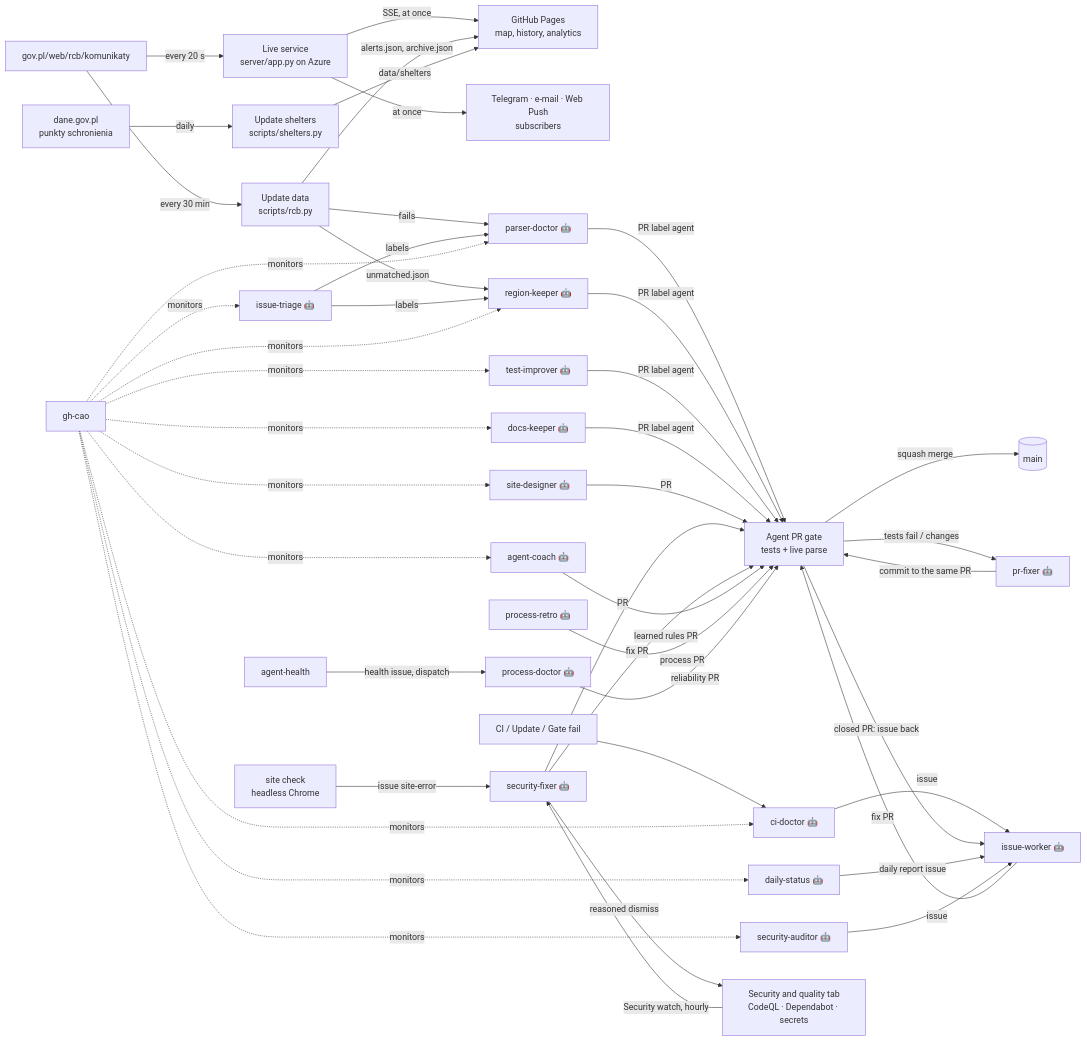
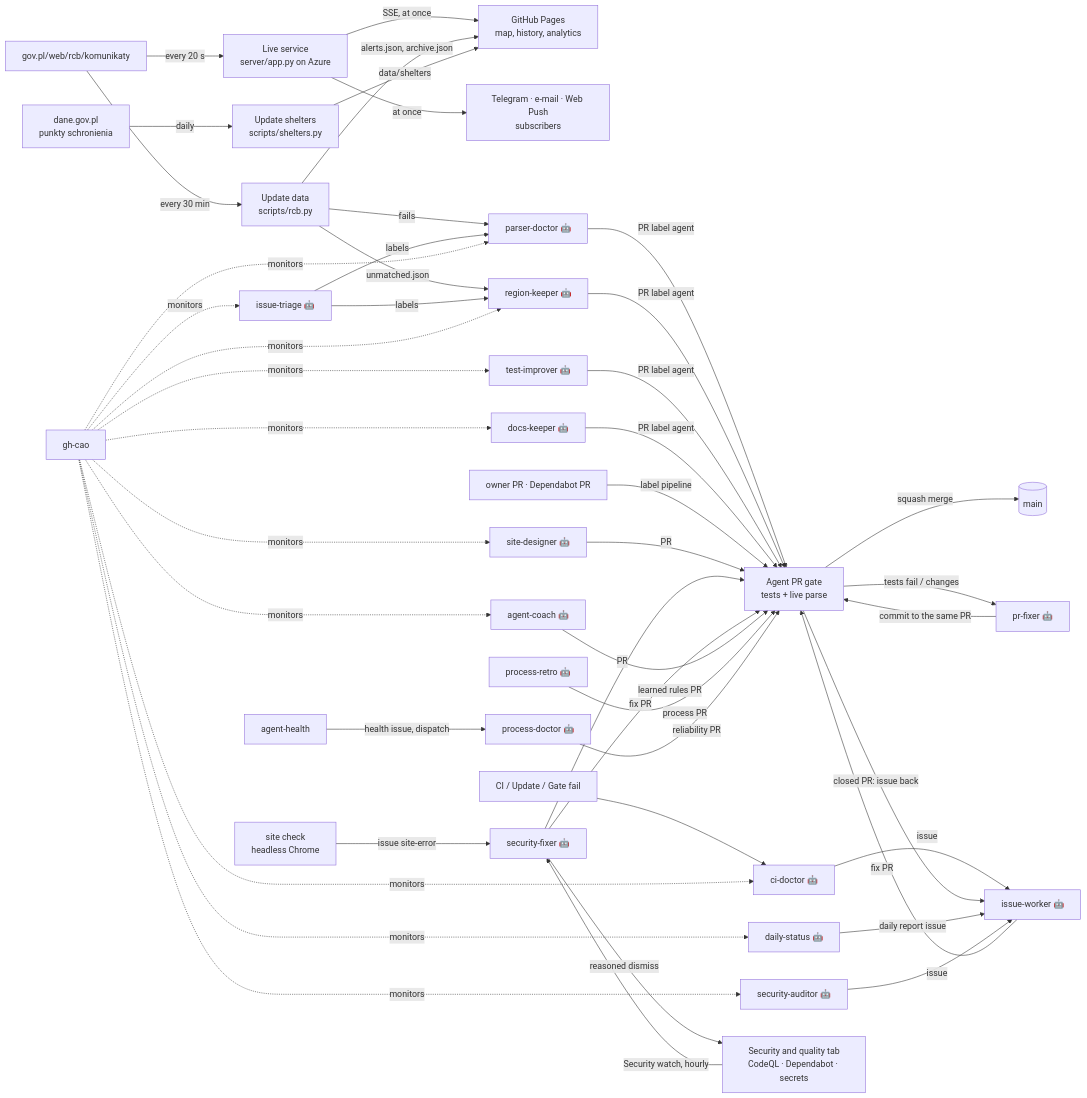
The diagram in README.md (casper-assistant-ai/alerty-pl), drawn with Mermaid before and after one commit. The commit also changed other lines of this file, not shown here.

First line of the commit message:
docs(readme): owner and Dependabot PRs go through the agents' pipeline (#129)

````diff
--- a/README.md
+++ b/README.md
@@ -37,29 +37,30 @@
 ```mermaid
 flowchart LR
   RCB[gov.pl/web/rcb/komunikaty] -->|every 20 s| L[Live service<br/>server/app.py on Azure]
   L -->|SSE, at once| P
   L -->|at once| N[Telegram · e-mail · Web Push<br/>subscribers]
   RCB -->|every 30 min| U[Update data<br/>scripts/rcb.py]
   U -->|alerts.json, archive.json| P[GitHub Pages<br/>map, history, analytics]
   PSP[dane.gov.pl<br/>punkty schronienia] -->|daily| SH[Update shelters<br/>scripts/shelters.py] -->|data/shelters| P
   U -- fails --> PD[parser-doctor 🤖]
   U -- unmatched.json --> RK[region-keeper 🤖]
   CI[CI / Update / Gate fail] --> CD[ci-doctor 🤖] -->|issue| IW[issue-worker 🤖]
   PD & RK & TI[test-improver 🤖] & DK[docs-keeper 🤖] -->|PR label agent| G[Agent PR gate<br/>tests + live parse]
   G -->|squash merge| main[(main)]
   G -->|tests fail / changes| PF[pr-fixer 🤖] -->|commit to the same PR| G
   G -->|closed PR: issue back| IW
   IW -->|fix PR| G
+  OW[owner PR · Dependabot PR] -->|label pipeline| G
   IT[issue-triage 🤖] -->|labels| RK & PD
   DS[daily-status 🤖] -->|daily report issue| IW
   SD[site-designer 🤖] -->|PR| G
   SC[site check<br/>headless Chrome] -->|issue site-error| SF[site-fixer 🤖]
   SF -->|PR| G
   SA[security-auditor 🤖] -->|issue| IW
   SQ[Security and quality tab<br/>CodeQL · Dependabot · secrets] -->|Security watch, hourly| SF[security-fixer 🤖] -->|fix PR| G
   SF -->|reasoned dismiss| SQ
   AC[agent-coach 🤖] -->|learned rules PR| G
   RETRO[process-retro 🤖] -->|process PR| G
   AH[agent-health] -->|health issue, dispatch| PDOC[process-doctor 🤖] -->|reliability PR| G
   CAO[gh-cao] -.monitors.-> PD & RK & CD & DS & IT & TI & DK & SD & SA & AC
 ```
````
